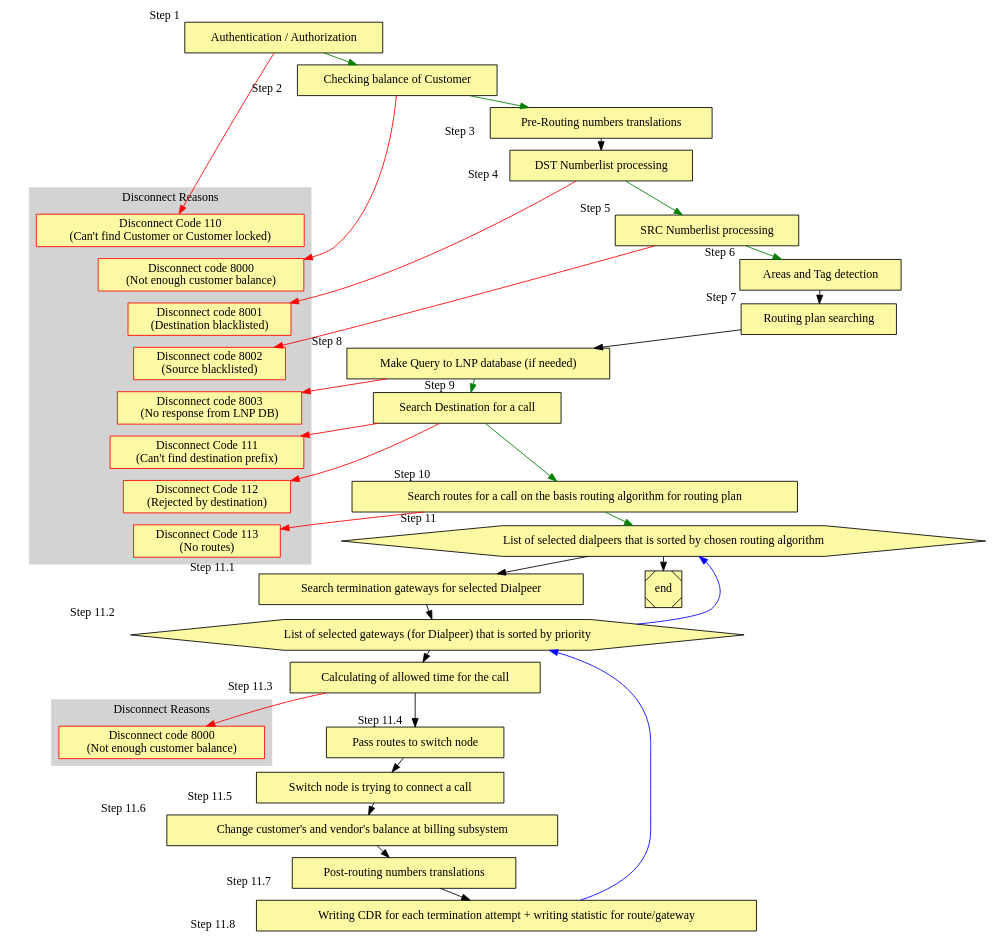
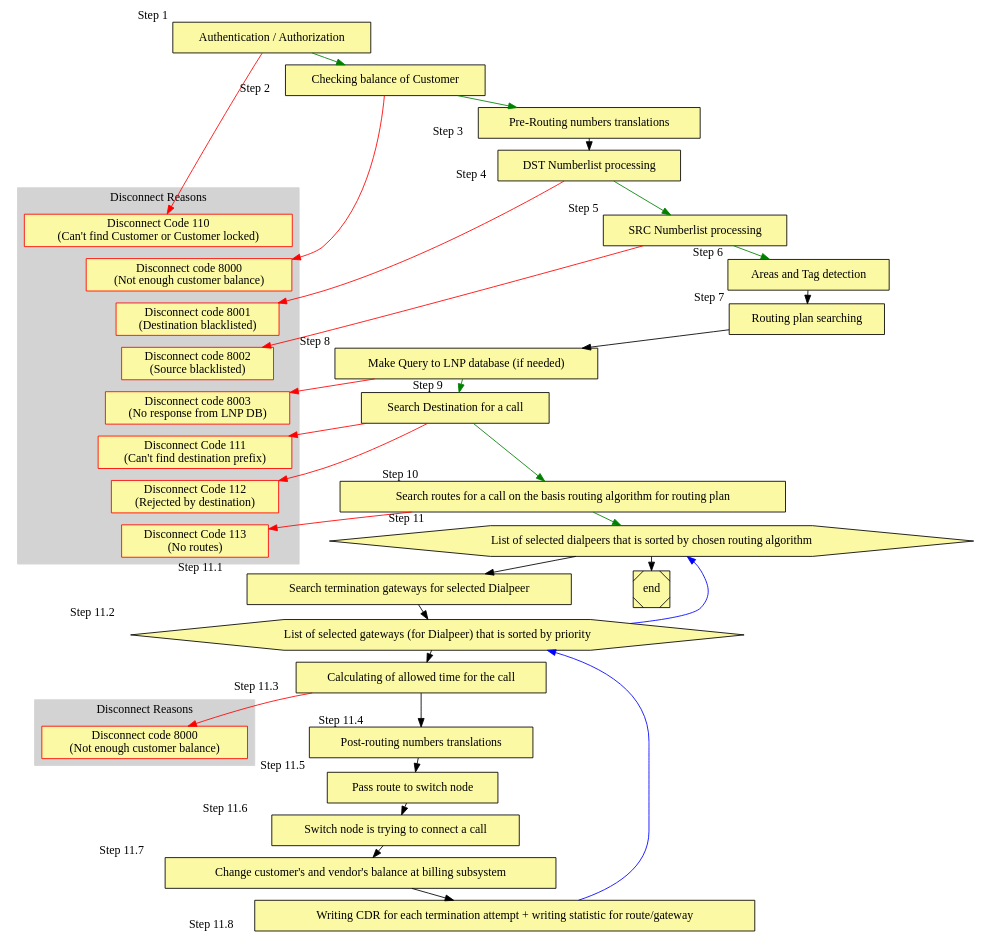
One commit to yeti-switch/doc changed the diagram in docs/en/graphviz/routing.dot. Above: the diagram before and after it, drawn with Graphviz. The commit also changed 1 other file, not shown here.

```diff
--- a/docs/en/graphviz/routing.dot
+++ b/docs/en/graphviz/routing.dot
@@ -1,101 +1,102 @@
 digraph Routing {
 
     node [style=filled; fillcolor="#FCF9A5"];
     graph [nodesep=1, ranksep=0.2, mindist=0.5];
 
     subgraph cluster_DC {
         style=filled;
         color=lightgrey;
         node [style=filled,color=red];
 
         reason1 [label = "Disconnect Code 110 \n(Can't find Customer or Customer locked)"; shape=box; sides=4 ];
         reason2 [label = "Disconnect code 8000 \n(Not enough customer balance)"; shape=box; sides=4 ];
         reason3 [label = "Disconnect code 8001 \n(Destination blacklisted)"; shape=box; sides=4 ];
         reason4 [label = "Disconnect code 8002 \n(Source blacklisted)"; shape=box; sides=4 ];
         reason5 [label = "Disconnect code 8003 \n(No response from LNP DB)"; shape=box; sides=4 ];
         reason6 [label = "Disconnect Code 111 \n(Can't find destination prefix)"; shape=box; sides=4 ];
         reason7 [label = "Disconnect Code 112 \n(Rejected by destination)"; shape=box; sides=4 ];
         reason8 [label = "Disconnect Code 113 \n(No routes)"; shape=box; sides=4 ];
 
         reason1->reason2 [style=invis];
         reason2->reason3 [style=invis];
         reason3->reason4 [style=invis];
         reason4->reason5 [style=invis];
         reason5->reason6 [style=invis];
         reason6->reason7 [style=invis];
         reason7->reason8 [style=invis];
         label = "Disconnect Reasons";
     }
 
     subgraph cluster_DC2 {
         style=filled;
         color=lightgrey;
         node [style=filled,color=red];
 
         reason9 [label = "Disconnect code 8000 \n(Not enough customer balance)"; shape=box; sides=4 ];
 
         label = "Disconnect Reasons";
     }
 
 
     block1 [label = "Authentication / Authorization"; xlabel = "Step 1"; shape=box; sides=4 ];
     block2 [label = "Checking balance of Customer"; xlabel = "Step 2   "; shape=box; sides=4 ];
     block3 [label = "Pre-Routing numbers translations"; xlabel = "Step 3   "; shape=box; sides=4 ];
     block4 [label = "DST Numberlist processing"; xlabel = "Step 4  "; shape=box; sides=4 ];
     block5 [label = "SRC Numberlist processing"; xlabel = "Step 5"; shape=box; sides=4 ];
     block6 [label = "Areas and Tag detection"; xlabel = "Step 6"; shape=box; sides=4 ];
     block7 [label = "Routing plan searching"; xlabel = "Step 7"; shape=box; sides=4 ];
     block8 [label = "Make Query to LNP database (if needed)"; xlabel = "Step 8"; shape=box; sides=4 ];
     block9 [label = "Search Destination for a call"; xlabel = "              Step 9"; shape=box; sides=4 ];
     block10 [label = "Search routes for a call on the basis routing algorithm for routing plan"; xlabel = "           Step 10"; shape=box; sides=4 ];
 
     block11 [label = "List of selected dialpeers that is sorted by chosen routing algorithm"; xlabel = "                Step 11"; shape=hexagon];
 
     block12 [label = "Search termination gateways for selected Dialpeer"; xlabel = "Step 11.1     "; shape=box; sides=4 ];
 
     block13 [label = "List of selected gateways (for Dialpeer) that is sorted by priority"; xlabel = "                Step 11.2"; shape=hexagon];
 
     block14 [label = "Calculating of allowed time for the call"; xlabel = "Step 11.3   "; shape=box; sides=4 ];
 
-    block15 [label = "Pass routes to switch node"; xlabel = "       Step 11.4   "; shape=box; sides=4 ];
-    block16 [label = "Switch node is trying to connect a call"; xlabel = "\nStep 11.5     "; shape=box; sides=4 ];
-    block17 [label = "Change customer's and vendor's balance at billing subsystem"; xlabel = "Step 11.6    "; shape=box; sides=4 ];
-    block18 [label = "Post-routing numbers translations"; xlabel = "Step 11.7    "; shape=box; sides=4 ];
+    block15 [label = "Post-routing numbers translations"; xlabel = "Step 11.4    "; shape=box; sides=4 ];
+
+    block16 [label = "Pass route to switch node"; xlabel = "       Step 11.5   "; shape=box; sides=4 ];
+    block17 [label = "Switch node is trying to connect a call"; xlabel = "\nStep 11.6     "; shape=box; sides=4 ];
+    block18 [label = "Change customer's and vendor's balance at billing subsystem"; xlabel = "Step 11.7    "; shape=box; sides=4 ];
     block19 [label = "Writing CDR for each termination attempt + writing statistic for route/gateway"; xlabel = "Step 11.8    "; shape=box; sides=4 ];
     end [shape=Msquare];
 
     block1 -> block2 [color=green];
     block1 -> reason1 [color=red];
 
     block2 -> block3 [color=green];
     block2 -> reason2 [color=red];
     block3 -> block4 [color=black];
     block4 -> block5 [color=green];
     block4 -> reason3 [color=red];
     block5 -> block6 [color=green];
     block5 -> reason4 [color=red];
     block6 -> block7 [color=black];
     block7 -> block8 [color=black];
     block8 -> block9 [color=green];
     block8 -> reason5 [color=red];
     block9 -> block10 [color=green];
     block9 -> reason6 [color=red];
     block9 -> reason7 [color=red];
     block10 -> block11 [color=green];
     block10 -> reason8 [color=red];
     block11 -> block12 [color=black];
     block12 -> block13 [color=black];
     block13 -> block14 [color=black];
     block14 -> block15 [color=black];
     block14 -> reason9 [color=red];
     block15 -> block16 [color=black];
     block16 -> block17 [color=black];
     block17 -> block18 [color=black];
     block18 -> block19 [color=black];
     block19 -> block13 [color=blue];
     block13 -> block11 [color=blue];
 
     block11 -> end [color=black];
 
 
 }
```
